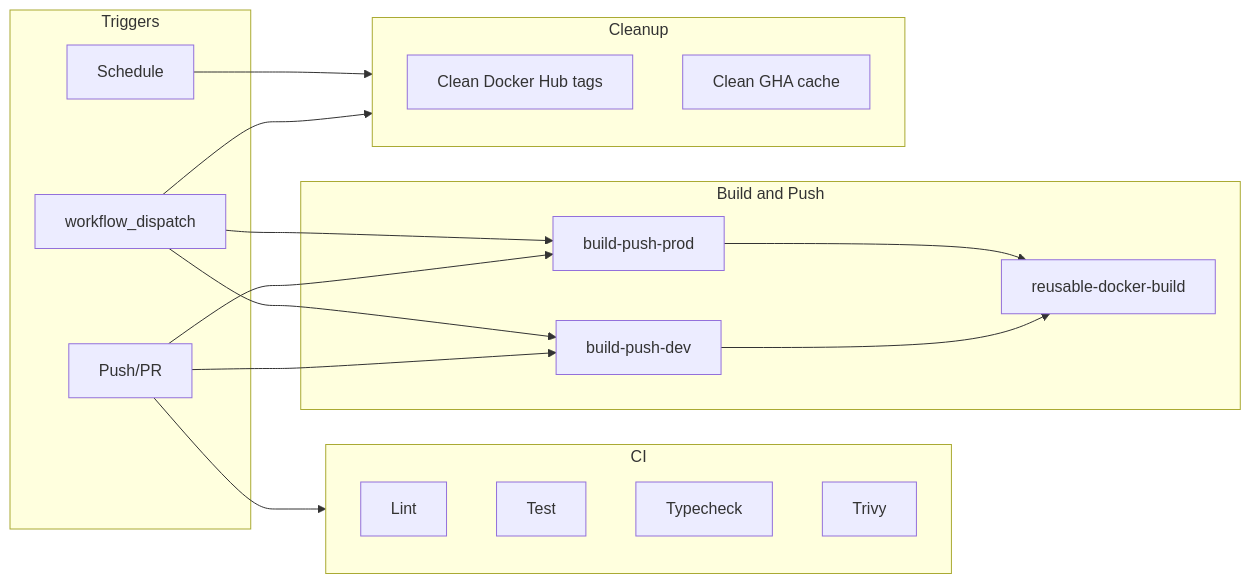
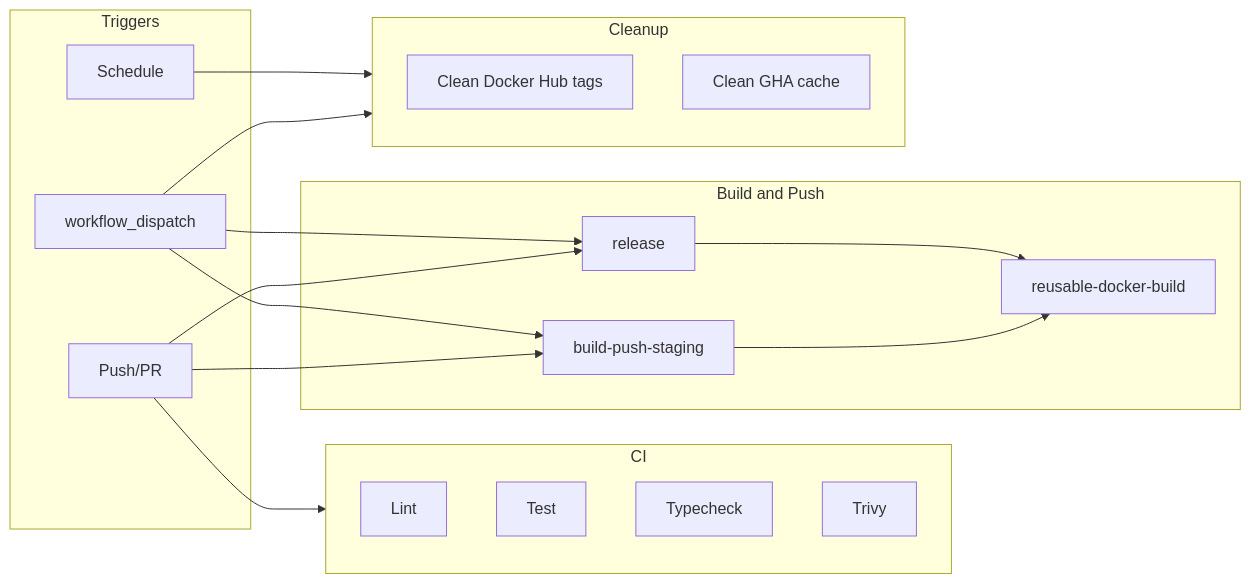
One commit to SHAMAN-KATHMANDU/ims changed the diagram in docs/CI-CD-DOCUMENTATION.md. Above: the diagram before and after it, drawn with Mermaid. The commit also changed other lines of this file and 3 other files, not shown here.

````diff
--- a/docs/CI-CD-DOCUMENTATION.md
+++ b/docs/CI-CD-DOCUMENTATION.md
@@ -15,32 +15,32 @@
 ```mermaid
 flowchart LR
   subgraph triggers [Triggers]
     Push[Push/PR]
     Manual[workflow_dispatch]
     Schedule[Schedule]
   end
   subgraph ci [CI]
     Lint[Lint]
     Test[Test]
     Typecheck[Typecheck]
     Trivy[Trivy]
   end
   subgraph build [Build and Push]
     Reusable[reusable-docker-build]
-    Dev[build-push-dev]
-    Prod[build-push-prod]
+    Dev[build-push-staging]
+    Prod[release]
   end
   subgraph cleanup [Cleanup]
     DockerHub[Clean Docker Hub tags]
     Cache[Clean GHA cache]
   end
   Push --> ci
   Push --> Dev
   Push --> Prod
   Manual --> Dev
   Manual --> Prod
   Manual --> cleanup
   Schedule --> cleanup
   Dev --> Reusable
   Prod --> Reusable
 ```
````
